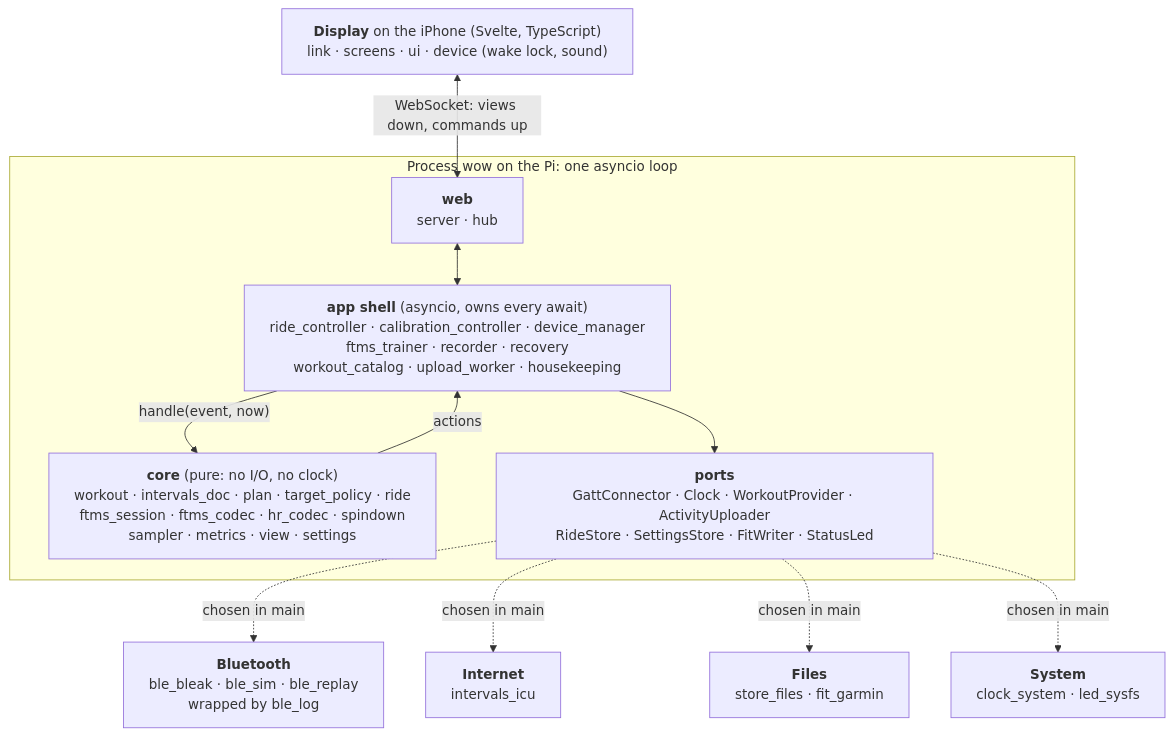
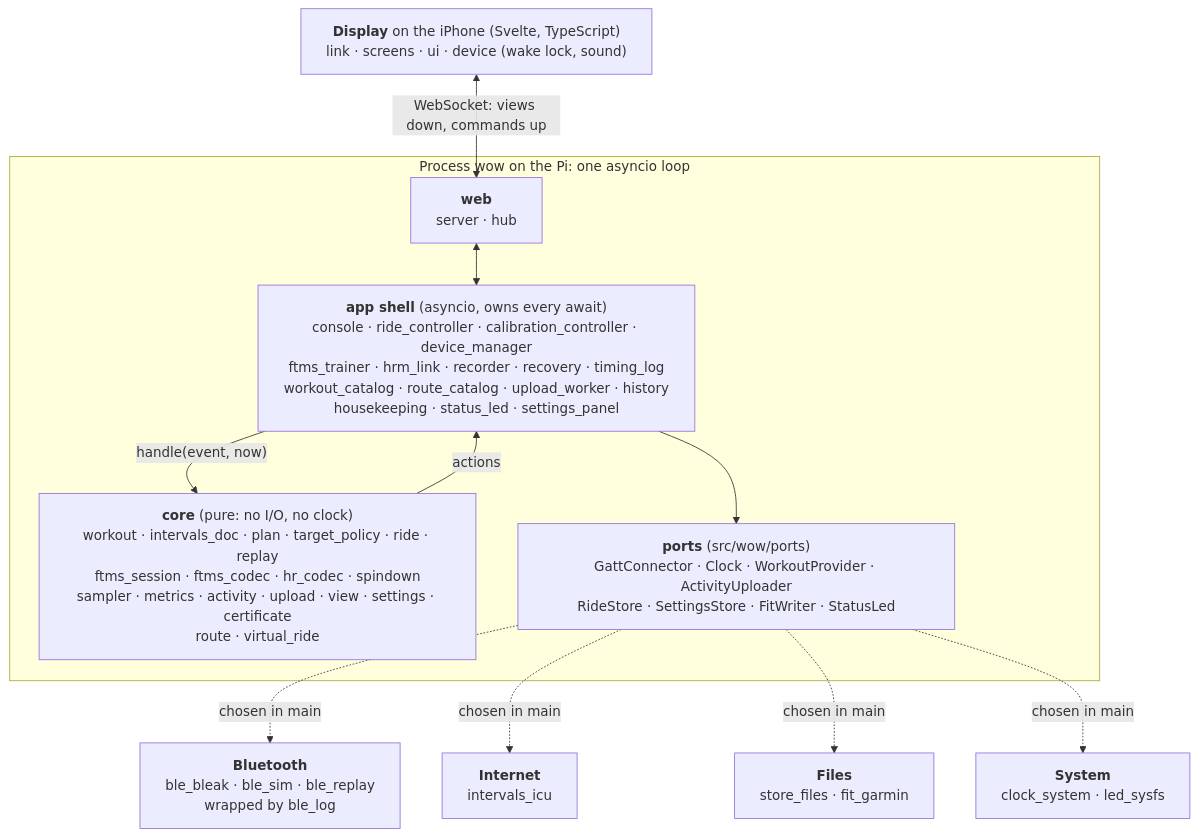
Before and after one commit to ferdean/wow: the second of 10 diagrams in docs/phase3-arch.md, drawn with Mermaid. The commit also changed other lines of this file, not shown here.

First line of the commit message:
Phase 3A architecture, revision 6: Phase 5 changes

````diff
--- a/docs/phase3-arch.md
+++ b/docs/phase3-arch.md
@@ -57,25 +57,25 @@
 ```mermaid
 ---
 config:
   flowchart:
     wrappingWidth: 460
 ---
 flowchart TB
     D["<b>Display</b> on the iPhone (Svelte, TypeScript)<br/>link · screens · ui · device (wake lock, sound)"]
     subgraph wow["Process wow on the Pi: one asyncio loop"]
         W["<b>web</b><br/>server · hub"]
-        S["<b>app shell</b> (asyncio, owns every await)<br/>ride_controller · calibration_controller · device_manager<br/>ftms_trainer · recorder · recovery<br/>workout_catalog · upload_worker · housekeeping"]
-        C["<b>core</b> (pure: no I/O, no clock)<br/>workout · intervals_doc · plan · target_policy · ride<br/>ftms_session · ftms_codec · hr_codec · spindown<br/>sampler · metrics · view · settings"]
-        P["<b>ports</b><br/>GattConnector · Clock · WorkoutProvider · ActivityUploader<br/>RideStore · SettingsStore · FitWriter · StatusLed"]
+        S["<b>app shell</b> (asyncio, owns every await)<br/>console · ride_controller · calibration_controller · device_manager<br/>ftms_trainer · hrm_link · recorder · recovery · timing_log<br/>workout_catalog · route_catalog · upload_worker · history<br/>housekeeping · status_led · settings_panel"]
+        C["<b>core</b> (pure: no I/O, no clock)<br/>workout · intervals_doc · plan · target_policy · ride · replay<br/>ftms_session · ftms_codec · hr_codec · spindown<br/>sampler · metrics · activity · upload · view · settings · certificate<br/>route · virtual_ride"]
+        P["<b>ports</b> (src/wow/ports)<br/>GattConnector · Clock · WorkoutProvider · ActivityUploader<br/>RideStore · SettingsStore · FitWriter · StatusLed"]
     end
     A1["<b>Bluetooth</b><br/>ble_bleak · ble_sim · ble_replay<br/>wrapped by ble_log"]
     A2["<b>Internet</b><br/>intervals_icu"]
     A3["<b>Files</b><br/>store_files · fit_garmin"]
     A4["<b>System</b><br/>clock_system · led_sysfs"]
     D <-->|"WebSocket: views down, commands up"| W
     W <--> S
     S -->|"handle(event, now)"| C
     C -->|"actions"| S
     S --> P
     P -.->|"chosen in main"| A1 & A2 & A3 & A4
 ```
````
